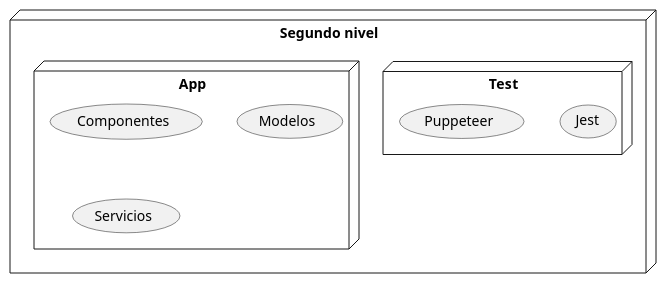
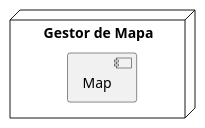
The second of 4 diagrams in src/docs/05_building_block_view.adoc (Arquisoft/viade_es1a), drawn with PlantUML before and after one commit. The commit also changed other lines of this file and 2 other files, not shown here.

Commit message:
Añadida layenda para componentes

```diff
--- a/src/docs/05_building_block_view.adoc
+++ b/src/docs/05_building_block_view.adoc
@@ -25,16 +54,8 @@
-[plantuml,Segundo nivel,png]
+[plantuml,Tercer nivel Modelos,png]
 ----
 @startuml
-node "Segundo nivel"{
-  node "Test"{
-    (Jest)
-    (Puppeteer)
+  node "Gestor de Mapa" as mapa{
+    [Map]
   }
-  node "App"{
-    (Componentes)
-    (Modelos)
-    (Servicios)
-  }
-}
 @enduml
 ----
```
